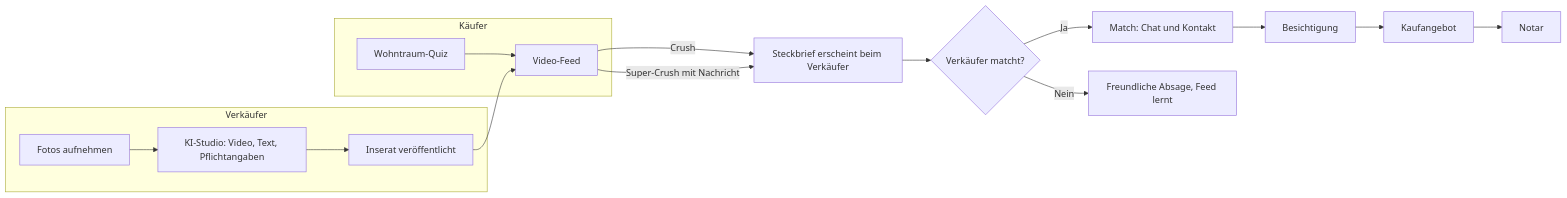
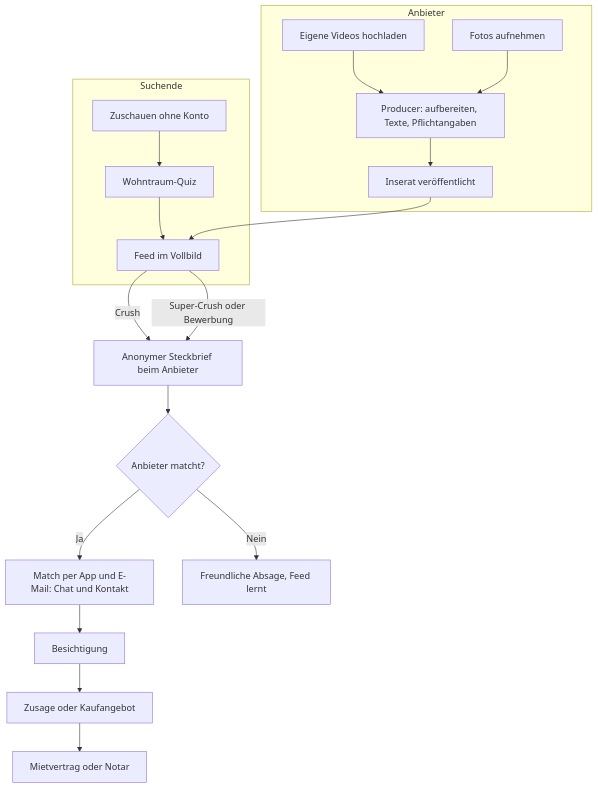
Before and after one commit to jokpr/immocrush: the diagram in docs/03-produktkonzept.md, drawn with Mermaid. The commit also changed other lines of this file and 11 other files, not shown here.

Commit message:
Docs an Gründer-Input vom 18.10.2026 angepasst: kostenlos für alle, Kauf und Miete, Producer mit Video-Upload, Extras und Werbung, Vollgas mit Fokus

````diff
--- a/docs/03-produktkonzept.md
+++ b/docs/03-produktkonzept.md
@@ -17,17 +18,19 @@
 ```mermaid
-flowchart LR
-    subgraph seller["Verkäufer"]
-        A["Fotos aufnehmen"] --> B["KI-Studio: Video, Text, Pflichtangaben"]
+flowchart TB
+    subgraph provider["Anbieter"]
+        A1["Eigene Videos hochladen"] --> B["Producer: aufbereiten, Texte, Pflichtangaben"]
+        A2["Fotos aufnehmen"] --> B
         B --> C["Inserat veröffentlicht"]
     end
-    subgraph buyer["Käufer"]
-        D["Wohntraum-Quiz"] --> E["Video-Feed"]
+    subgraph seeker["Suchende"]
+        Z["Zuschauen ohne Konto"] --> D["Wohntraum-Quiz"]
+        D --> E["Feed im Vollbild"]
     end
     C --> E
-    E -->|"Crush"| F["Steckbrief erscheint beim Verkäufer"]
-    E -->|"Super-Crush mit Nachricht"| F
-    F --> G{"Verkäufer matcht?"}
-    G -->|"Ja"| H["Match: Chat und Kontakt"]
+    E -->|"Crush"| F["Anonymer Steckbrief beim Anbieter"]
+    E -->|"Super-Crush oder Bewerbung"| F
+    F --> G{"Anbieter matcht?"}
+    G -->|"Ja"| H["Match per App und E-Mail: Chat und Kontakt"]
     G -->|"Nein"| I["Freundliche Absage, Feed lernt"]
-    H --> J["Besichtigung"] --> K["Kaufangebot"] --> L["Notar"]
+    H --> J["Besichtigung"] --> K["Zusage oder Kaufangebot"] --> L["Mietvertrag oder Notar"]
 ```
````
